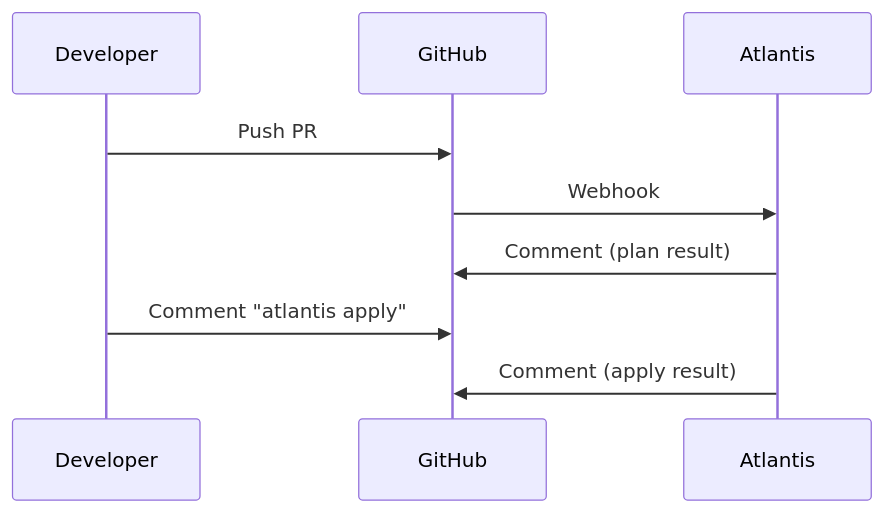
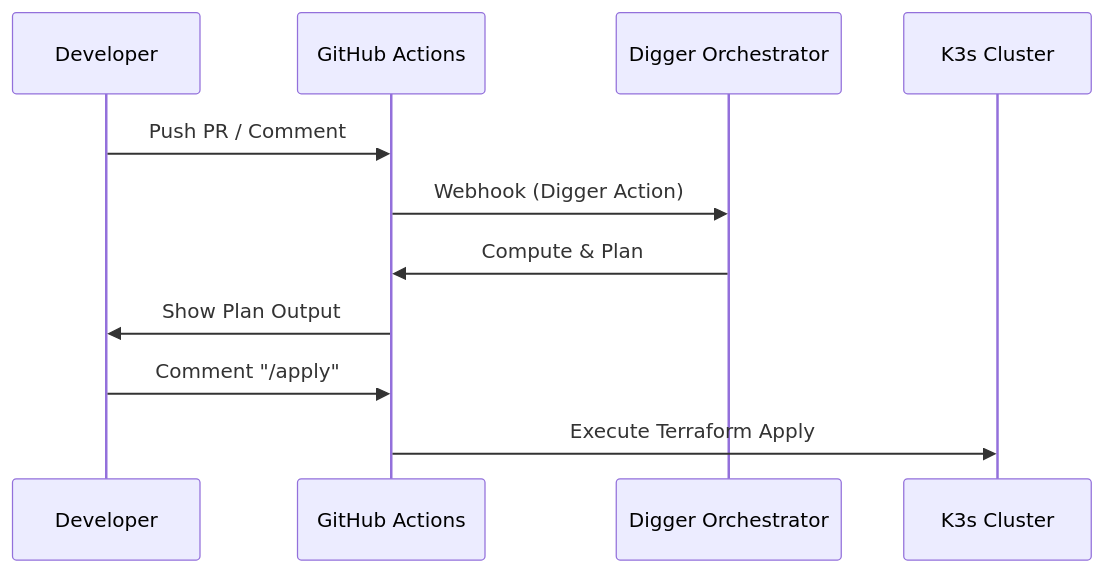
Before and after one commit to wangzitian0/infra: the diagram in docs/ssot/bootstrap.compute.md, drawn with Mermaid. The commit also changed other lines of this file and 5 other files, not shown here.

First line of the commit message:
docs: update bootstrap architecture for Digger Orchestrator (#395)

````diff
--- a/docs/ssot/bootstrap.compute.md
+++ b/docs/ssot/bootstrap.compute.md
@@ -70,12 +70,14 @@
 ```mermaid
 sequenceDiagram
     participant Dev as Developer
-    participant GH as GitHub
-    participant ATL as Atlantis
+    participant GH as GitHub Actions
+    participant DIG as Digger Orchestrator
+    participant VPS as K3s Cluster
 
-    Dev->>GH: Push PR
-    GH->>ATL: Webhook
-    ATL->>GH: Comment (plan result)
-    Dev->>GH: Comment "atlantis apply"
-    ATL->>GH: Comment (apply result)
+    Dev->>GH: Push PR / Comment
+    GH->>DIG: Webhook (Digger Action)
+    DIG->>GH: Compute & Plan
+    GH->>Dev: Show Plan Output
+    Dev->>GH: Comment "/apply"
+    GH->>VPS: Execute Terraform Apply
 ```
````
